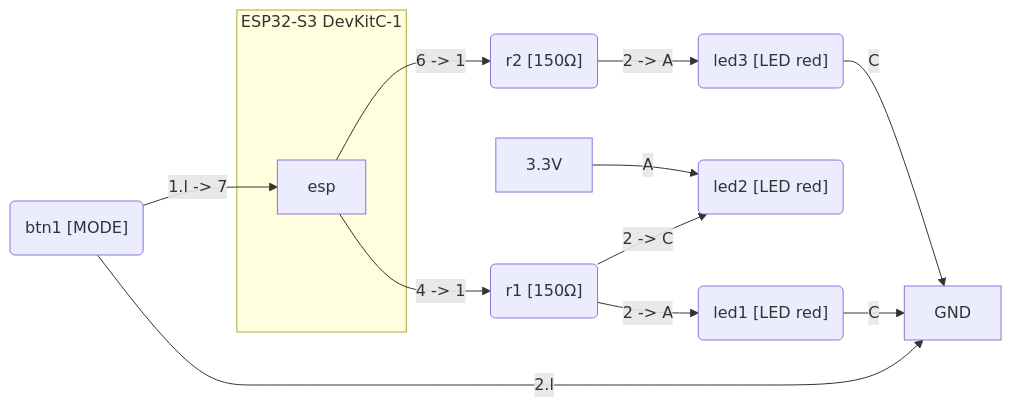
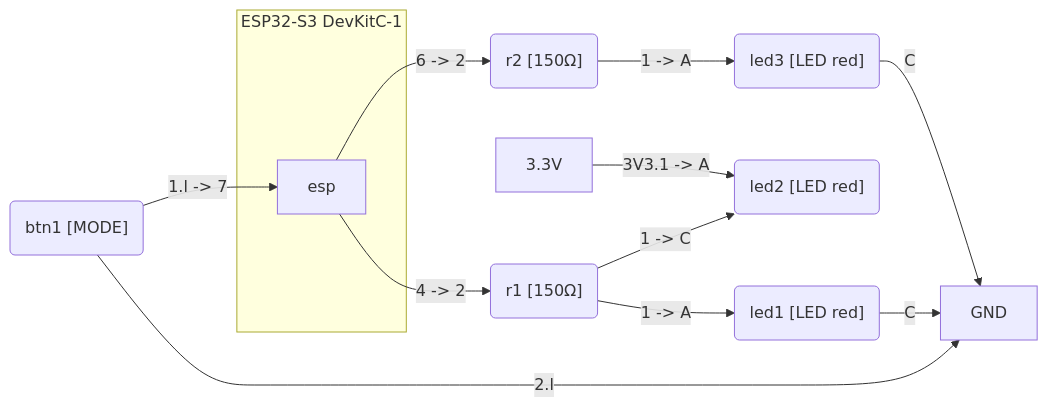
The diagram in homeworks/1_3-police-flasher/README.md (VLoktiev-EMB/homeworks), drawn with Mermaid before and after one commit. The commit also changed 8 other files, not shown here.

Commit message:
fix(1_3): clean wokwi diagram layout without breadboard clutter

````diff
--- a/homeworks/1_3-police-flasher/README.md
+++ b/homeworks/1_3-police-flasher/README.md
@@ -29,23 +29,23 @@
 ```mermaid
 flowchart LR
     subgraph Board["ESP32-S3 DevKitC-1"]
         esp[esp]
     end
     r1("r1 [150Ω]")
     led1("led1 [LED red]")
     led2("led2 [LED red]")
     r2("r2 [150Ω]")
     led3("led3 [LED red]")
     btn1("btn1 [MODE]")
 
     btn1 -->|1.l -> 7| esp
     btn1 -->|2.l| gnd[GND]
-    esp -->|4 -> 1| r1
-    r1 -->|2 -> A| led1
-    r1 -->|2 -> C| led2
+    esp -->|4 -> 2| r1
+    r1 -->|1 -> A| led1
+    r1 -->|1 -> C| led2
+    pwr["3.3V"] -->|3V3.1 -> A| led2
     led1 -->|C| gnd[GND]
-    pwr["3.3V"] -->|A| led2
-    esp -->|6 -> 1| r2
-    r2 -->|2 -> A| led3
+    esp -->|6 -> 2| r2
+    r2 -->|1 -> A| led3
     led3 -->|C| gnd[GND]
 ```
````
